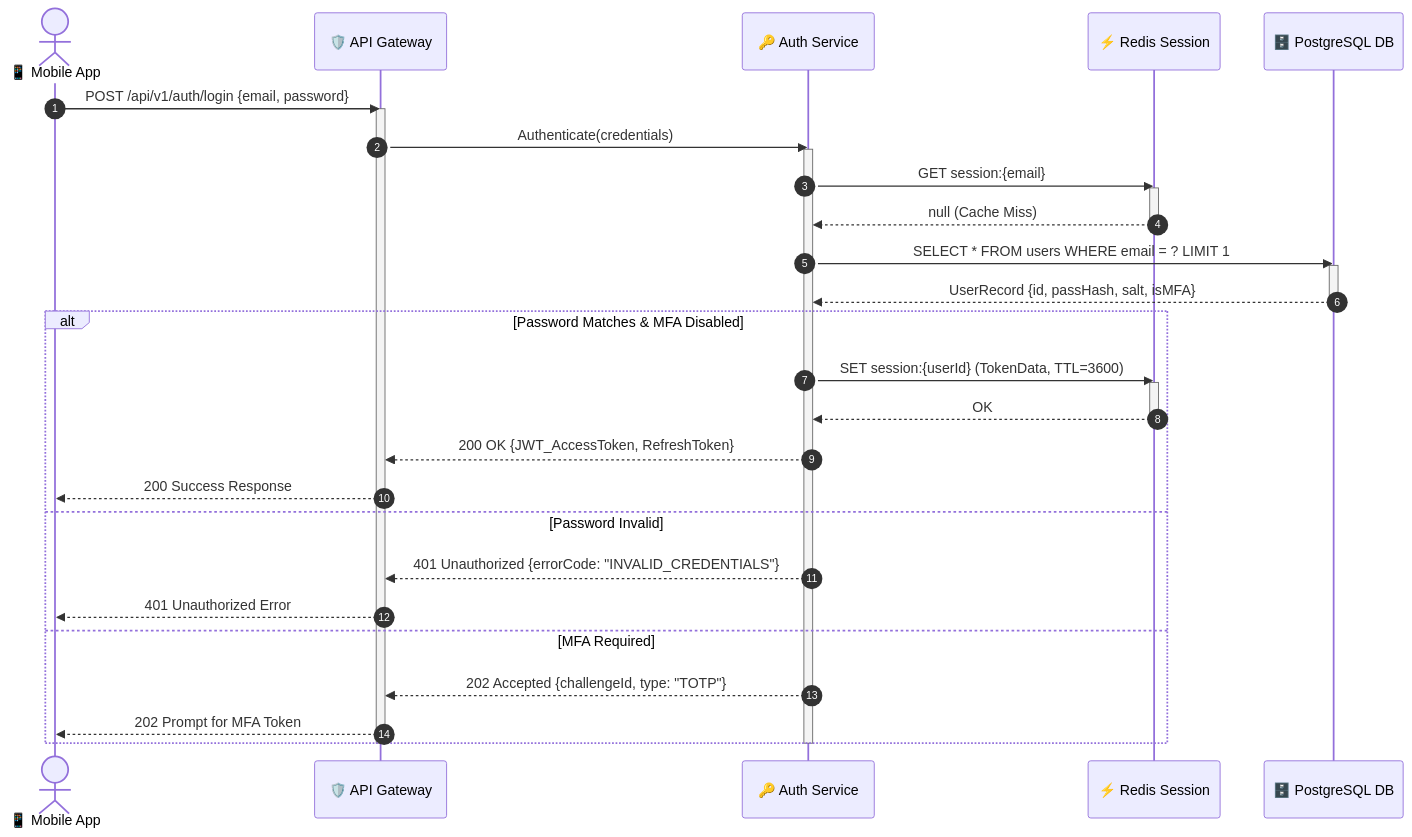
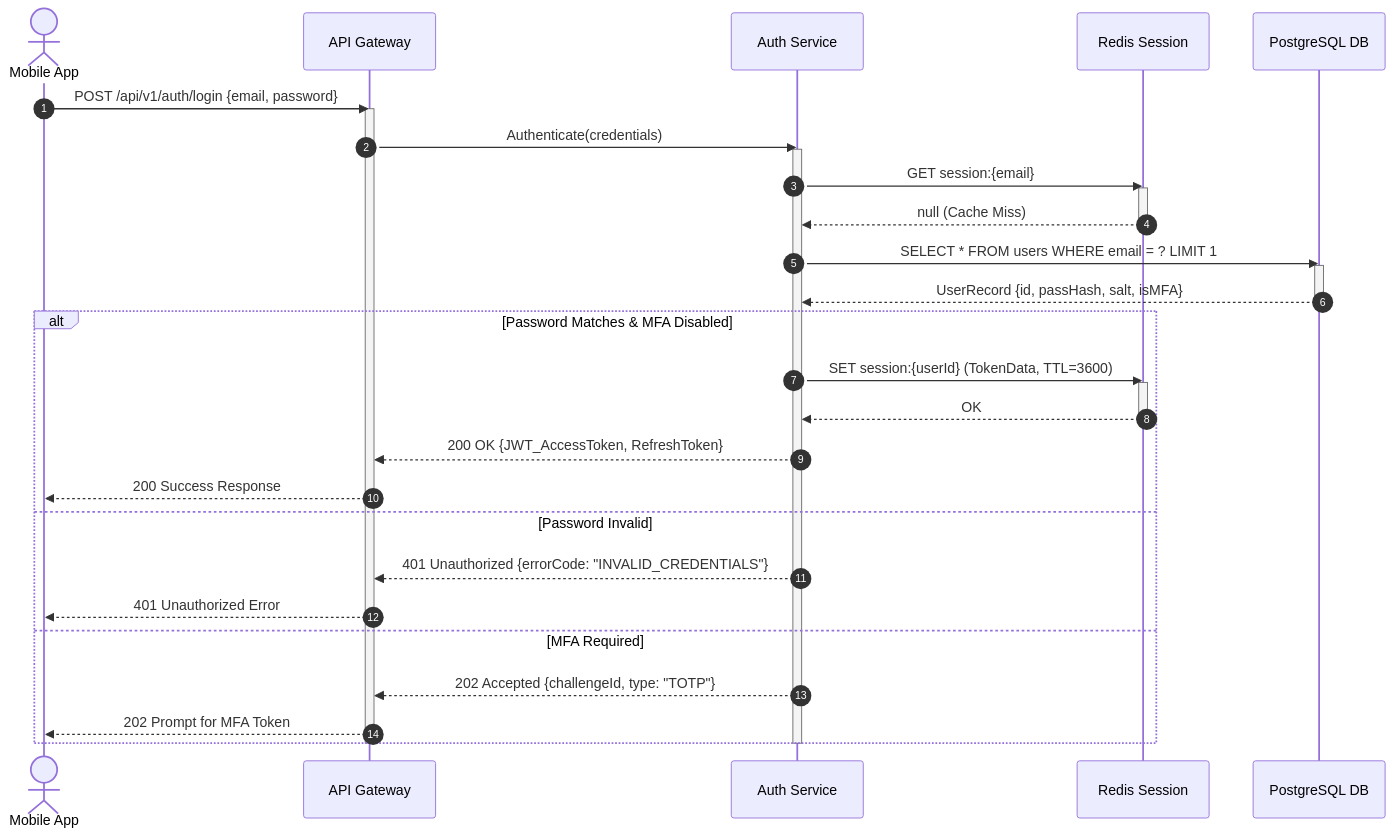
One commit to kuranne/CSTU40 changed diagram 11 of 15 in Year 2/Semester 1/CS261 - Software Engineering/Lectures/Diagram.md. Above: the diagram before and after it, drawn with Mermaid. The commit also changed other lines of this file and 83 other files, not shown here.

````diff
--- a/Year 2/Semester 1/CS261 - Software Engineering/Lectures/Diagram.md
+++ b/Year 2/Semester 1/CS261 - Software Engineering/Lectures/Diagram.md
@@ -649,44 +649,44 @@
 ```mermaid
 sequenceDiagram
     autonumber
-    actor Client as 📱 Mobile App
-    participant GW as 🛡️ API Gateway
-    participant Auth as 🔑 Auth Service
-    participant Cache as ⚡ Redis Session
-    participant DB as 🗄️ PostgreSQL DB
+    actor Client as Mobile App
+    participant GW as API Gateway
+    participant Auth as Auth Service
+    participant Cache as Redis Session
+    participant DB as PostgreSQL DB
 
     Client->>GW: POST /api/v1/auth/login {email, password}
     activate GW
 
     GW->>Auth: Authenticate(credentials)
     activate Auth
 
     Auth->>Cache: GET session:{email}
     activate Cache
     Cache-->>Auth: null (Cache Miss)
     deactivate Cache
 
     Auth->>DB: SELECT * FROM users WHERE email = ? LIMIT 1
     activate DB
     DB-->>Auth: UserRecord {id, passHash, salt, isMFA}
     deactivate DB
 
     alt Password Matches & MFA Disabled
         Auth->>Cache: SET session:{userId} (TokenData, TTL=3600)
         activate Cache
         Cache-->>Auth: OK
         deactivate Cache
 
         Auth-->>GW: 200 OK {JWT_AccessToken, RefreshToken}
         GW-->>Client: 200 Success Response
     else Password Invalid
         Auth-->>GW: 401 Unauthorized {errorCode: "INVALID_CREDENTIALS"}
         GW-->>Client: 401 Unauthorized Error
     else MFA Required
         Auth-->>GW: 202 Accepted {challengeId, type: "TOTP"}
         GW-->>Client: 202 Prompt for MFA Token
     end
 
     deactivate Auth
     deactivate GW
 ```
````
